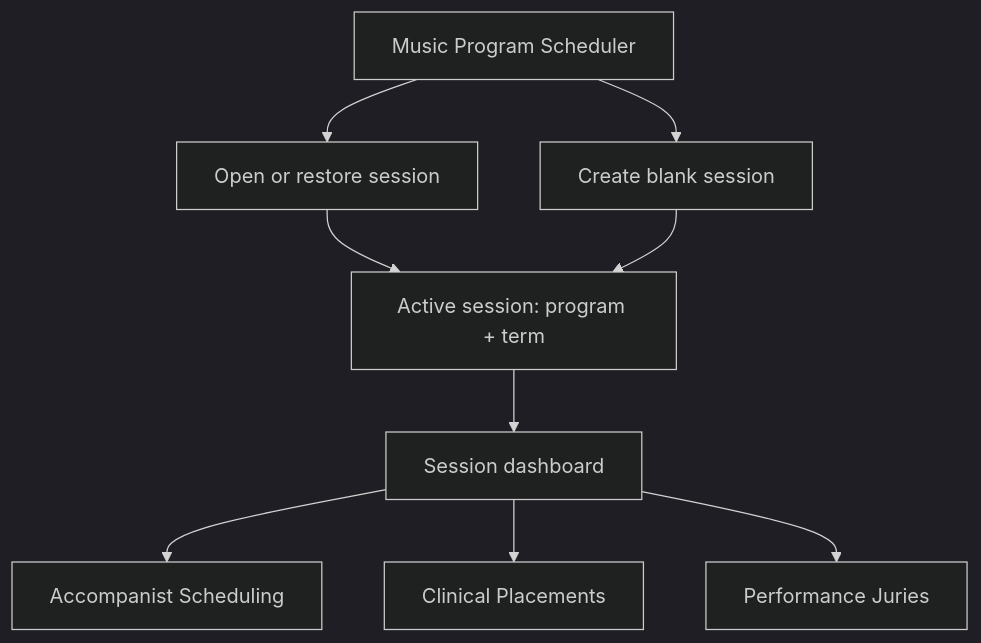
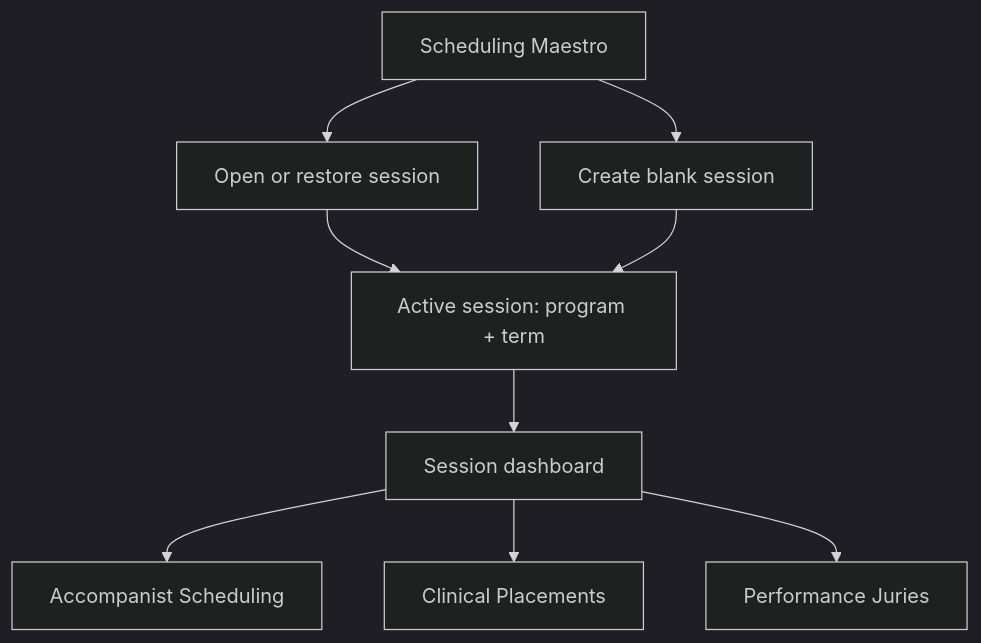
The diagram in docs/PRODUCT-MODULE-ARCHITECTURE.md (jwmatthys/pianist-scheduling), drawn with Mermaid (dark theme) before and after one commit. The commit also changed other lines of this file and 54 other files, not shown here.

````diff
--- a/docs/PRODUCT-MODULE-ARCHITECTURE.md
+++ b/docs/PRODUCT-MODULE-ARCHITECTURE.md
@@ -23,12 +23,12 @@
 ```mermaid
 flowchart TD
-    App[Music Program Scheduler]
+    App[Scheduling Maestro]
     App --> Open[Open or restore session]
     App --> New[Create blank session]
     Open --> Session[Active session: program + term]
     New --> Session
     Session --> Dashboard[Session dashboard]
     Dashboard --> Accomp[Accompanist Scheduling]
     Dashboard --> Clinical[Clinical Placements]
     Dashboard --> Jury[Performance Juries]
 ```
````
